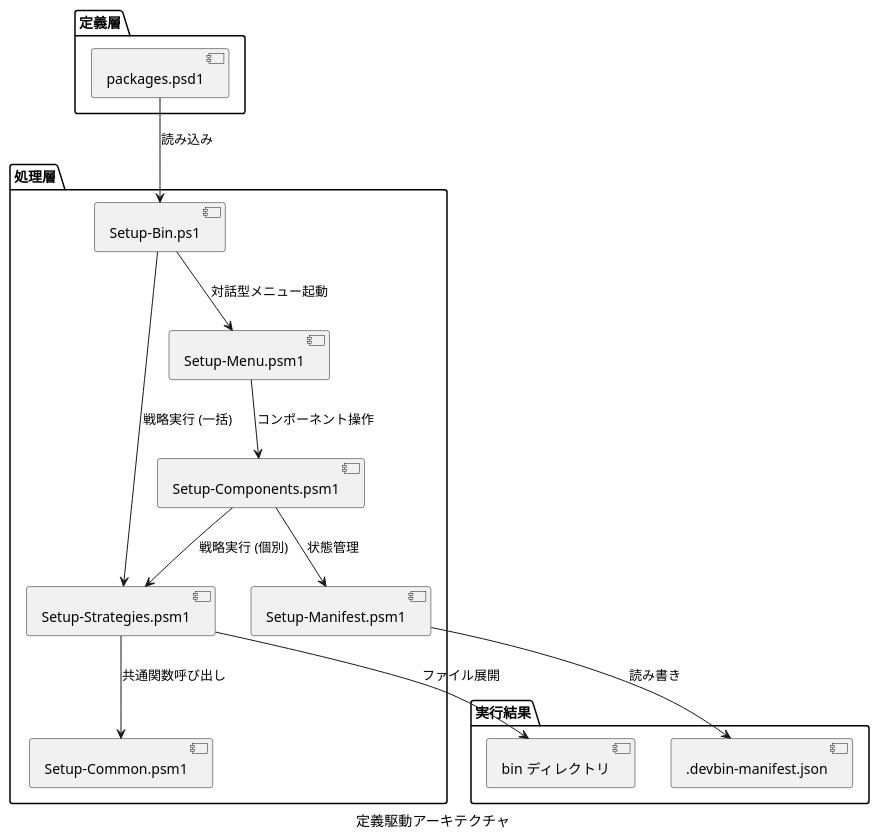
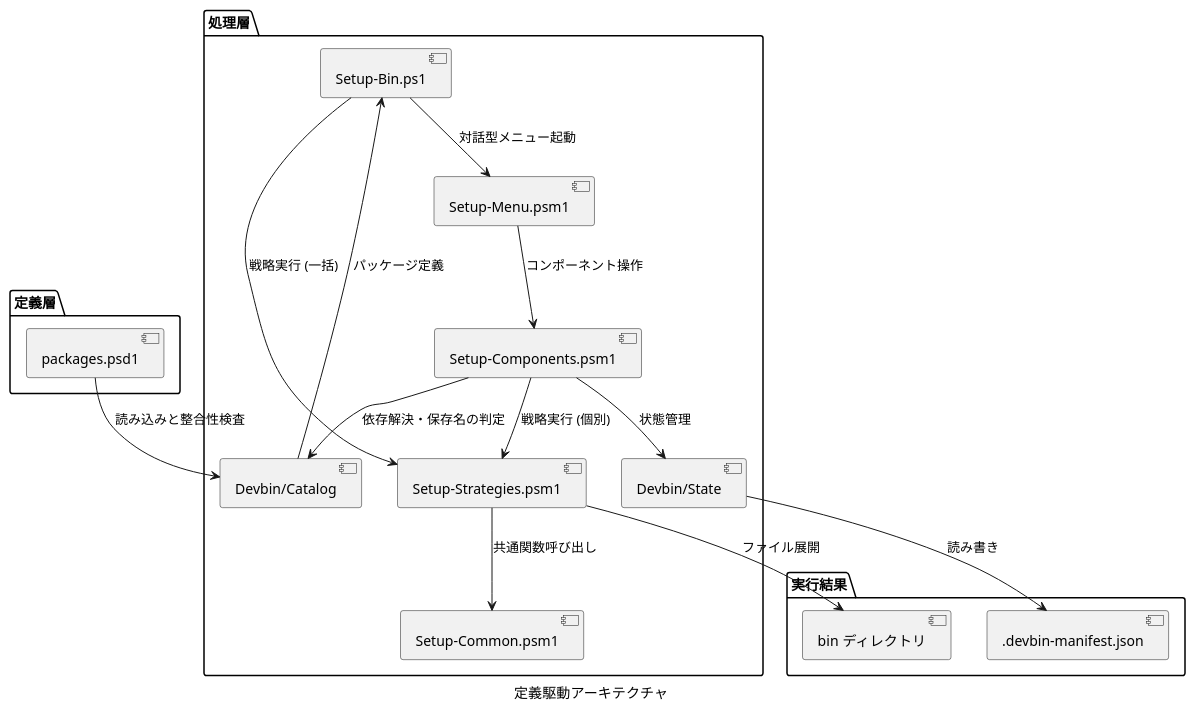
The first of 2 diagrams in docs/setup-bin-design.md (Hondarer/devbin-win), drawn with PlantUML before and after one commit. The commit also changed other lines of this file and 21 other files, not shown here.

First line of the commit message:
refactor: unify catalog and state loading in a Devbin module

````diff
--- a/docs/setup-bin-design.md
+++ b/docs/setup-bin-design.md
@@ -29,32 +34,35 @@
 ```plantuml
 @startuml 定義駆動アーキテクチャ
 caption 定義駆動アーキテクチャ
 package "定義層" {
   [packages.psd1] as config
 }
 
 package "処理層" {
   [Setup-Bin.ps1] as main
   [Setup-Strategies.psm1] as strategies
   [Setup-Common.psm1] as common
-  [Setup-Manifest.psm1] as manifest
+  [Devbin/Catalog] as catalog
+  [Devbin/State] as state
   [Setup-Components.psm1] as components
   [Setup-Menu.psm1] as menu
 }
 
 package "実行結果" {
   [bin ディレクトリ] as bin
   [.devbin-manifest.json] as mfile
 }
 
-config --> main : 読み込み
+config --> catalog : 読み込みと整合性検査
+catalog --> main : パッケージ定義
 main --> strategies : 戦略実行 (一括)
 main --> menu : 対話型メニュー起動
 menu --> components : コンポーネント操作
+components --> catalog : 依存解決・保存名の判定
 components --> strategies : 戦略実行 (個別)
-components --> manifest : 状態管理
+components --> state : 状態管理
 strategies --> common : 共通関数呼び出し
 strategies --> bin : ファイル展開
-manifest --> mfile : 読み書き
+state --> mfile : 読み書き
 @enduml
 ```
````
